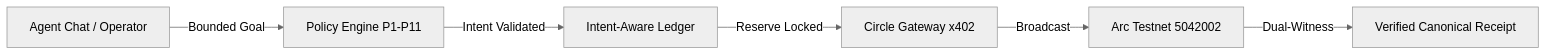
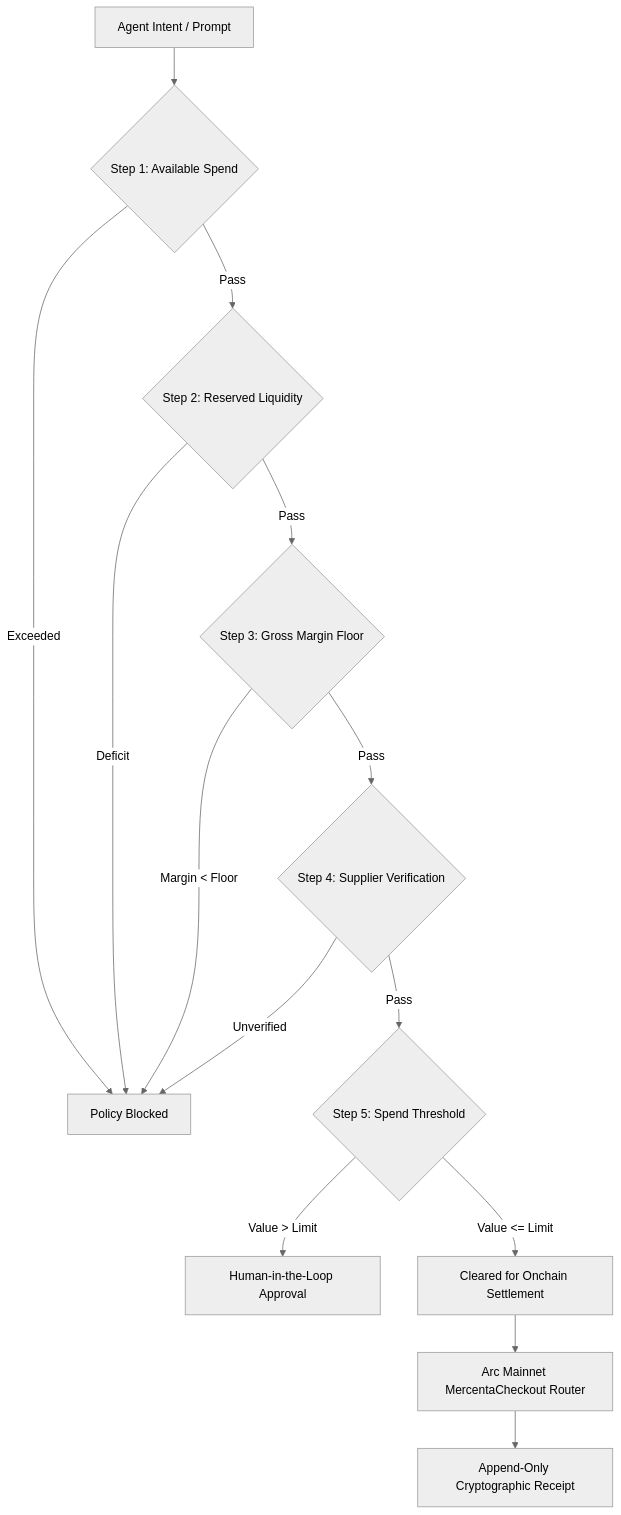
Before and after one commit to rdmbtc/mercenta: the diagram in README.md, drawn with Mermaid (neutral theme). The commit also changed other lines of this file and 4 other files, not shown here.

Commit message:
feat(agent): enhance agent chat navigation, Arc Mainnet checkout trigger, and redesign activity overview

````diff
--- a/README.md
+++ b/README.md
@@ -38,8 +56,16 @@
 ```mermaid
-flowchart LR
-    A[Agent Chat / Operator] -->|Bounded Goal| B[Policy Engine P1-P11]
-    B -->|Intent Validated| C[Intent-Aware Ledger]
-    C -->|Reserve Locked| D[Circle Gateway x402]
-    D -->|Broadcast| E[Arc Testnet 5042002]
-    E -->|Dual-Witness| F[Verified Canonical Receipt]
+flowchart TD
+    A[Agent Intent / Prompt] --> B{Step 1: Available Spend}
+    B -- Exceeded --> Fail[Policy Blocked]
+    B -- Pass --> C{Step 2: Reserved Liquidity}
+    C -- Deficit --> Fail
+    C -- Pass --> D{Step 3: Gross Margin Floor}
+    D -- Margin < Floor --> Fail
+    D -- Pass --> E{Step 4: Supplier Verification}
+    E -- Unverified --> Fail
+    E -- Pass --> F{Step 5: Spend Threshold}
+    F -- Value > Limit --> H[Human-in-the-Loop Approval]
+    F -- Value <= Limit --> G[Cleared for Onchain Settlement]
+    G --> I[Arc Mainnet MercentaCheckout Router]
+    I --> J[Append-Only Cryptographic Receipt]
 ```
````
